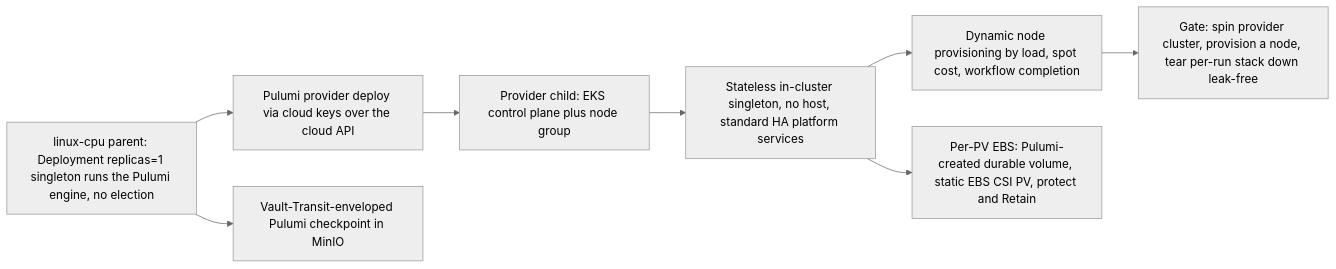
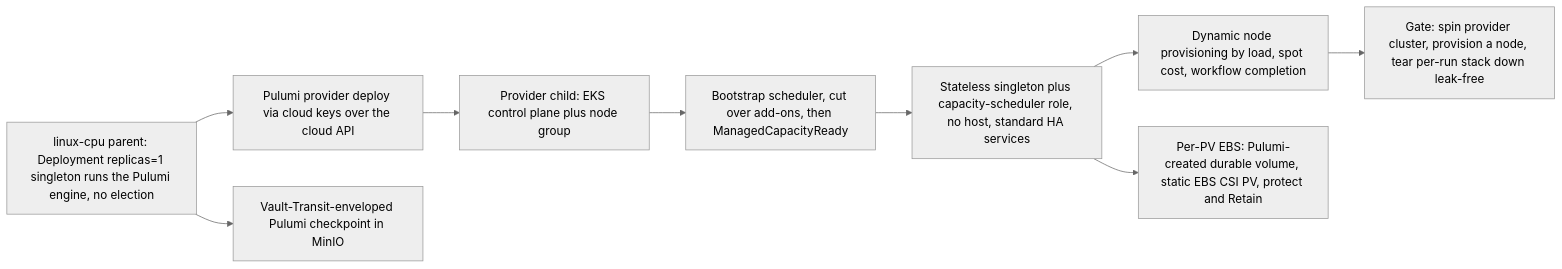
One commit to Tuee22/amoebius changed the diagram in DEVELOPMENT_PLAN/phase_30_provider_clusters.md. Above: the diagram before and after it, drawn with Mermaid (neutral theme). The commit also changed other lines of this file and 87 other files, not shown here.

````diff
--- a/DEVELOPMENT_PLAN/phase_30_provider_clusters.md
+++ b/DEVELOPMENT_PLAN/phase_30_provider_clusters.md
@@ -68,10 +130,11 @@
 ```mermaid
 flowchart LR
   parent[linux-cpu parent: Deployment replicas=1 singleton runs the Pulumi engine, no election] --> deploy[Pulumi provider deploy via cloud keys over the cloud API]
   deploy --> eks[Provider child: EKS control plane plus node group]
   parent --> backend[Vault-Transit-enveloped Pulumi checkpoint in MinIO]
-  eks --> daemon[Stateless in-cluster singleton, no host, standard HA platform services]
+  eks --> sched[Bootstrap scheduler, cut over add-ons, then ManagedCapacityReady]
+  sched --> daemon[Stateless singleton plus capacity-scheduler role, no host, standard HA services]
   daemon --> nodes[Dynamic node provisioning by load, spot cost, workflow completion]
   daemon --> ebs[Per-PV EBS: Pulumi-created durable volume, static EBS CSI PV, protect and Retain]
   nodes --> gate[Gate: spin provider cluster, provision a node, tear per-run stack down leak-free]
 ```
````
